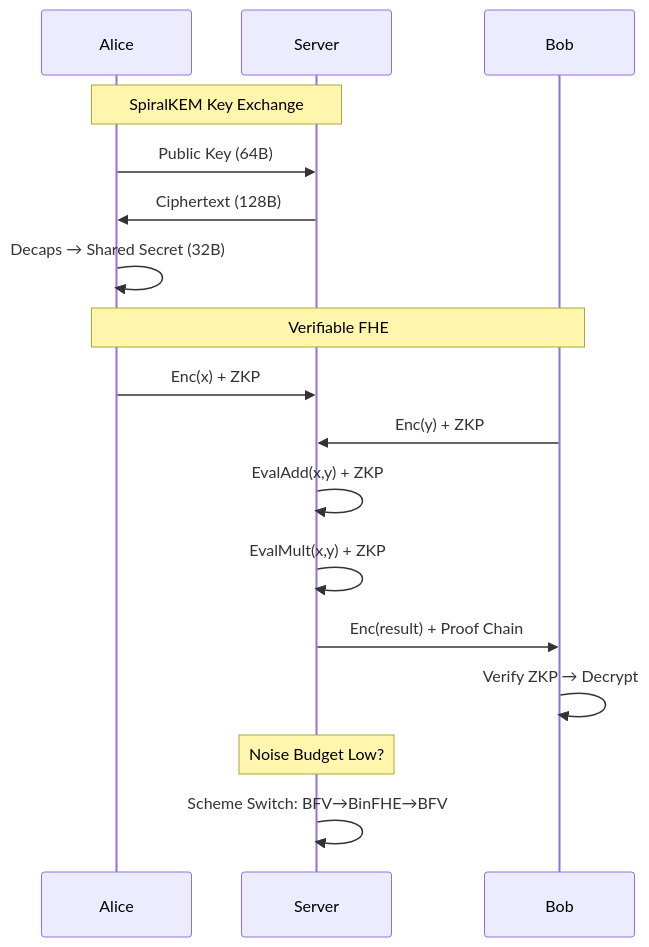
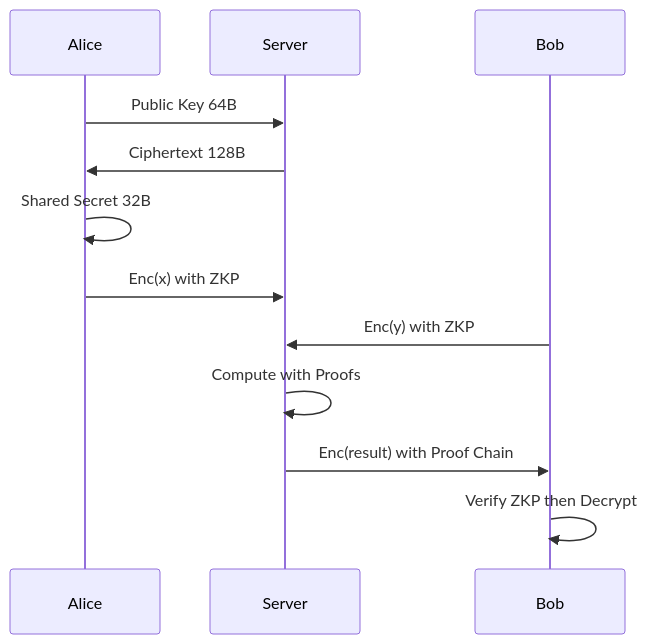
Before and after one commit to primordialomegazero/femmgFHE: the second of 3 diagrams in README.md, drawn with Mermaid. The commit also changed other lines of this file, not shown here.

Commit message:
Φ Fix README: Compact mermaid diagrams, morse footer replaced, individual test table

````diff
--- a/README.md
+++ b/README.md
@@ -140,22 +123,14 @@
 ```mermaid
 sequenceDiagram
     participant Alice
     participant Server
     participant Bob
-    
-    Note over Alice,Server: SpiralKEM Key Exchange
-    Alice->>Server: Public Key (64B)
-    Server->>Alice: Ciphertext (128B)
-    Alice->>Alice: Decaps → Shared Secret (32B)
-    
-    Note over Alice,Bob: Verifiable FHE
-    Alice->>Server: Enc(x) + ZKP
-    Bob->>Server: Enc(y) + ZKP
-    Server->>Server: EvalAdd(x,y) + ZKP
-    Server->>Server: EvalMult(x,y) + ZKP
-    Server->>Bob: Enc(result) + Proof Chain
-    Bob->>Bob: Verify ZKP → Decrypt
-    
-    Note over Server: Noise Budget Low?
-    Server->>Server: Scheme Switch: BFV→BinFHE→BFV
+    Alice->>Server: Public Key 64B
+    Server->>Alice: Ciphertext 128B
+    Alice->>Alice: Shared Secret 32B
+    Alice->>Server: Enc(x) with ZKP
+    Bob->>Server: Enc(y) with ZKP
+    Server->>Server: Compute with Proofs
+    Server->>Bob: Enc(result) with Proof Chain
+    Bob->>Bob: Verify ZKP then Decrypt
 ```
````
